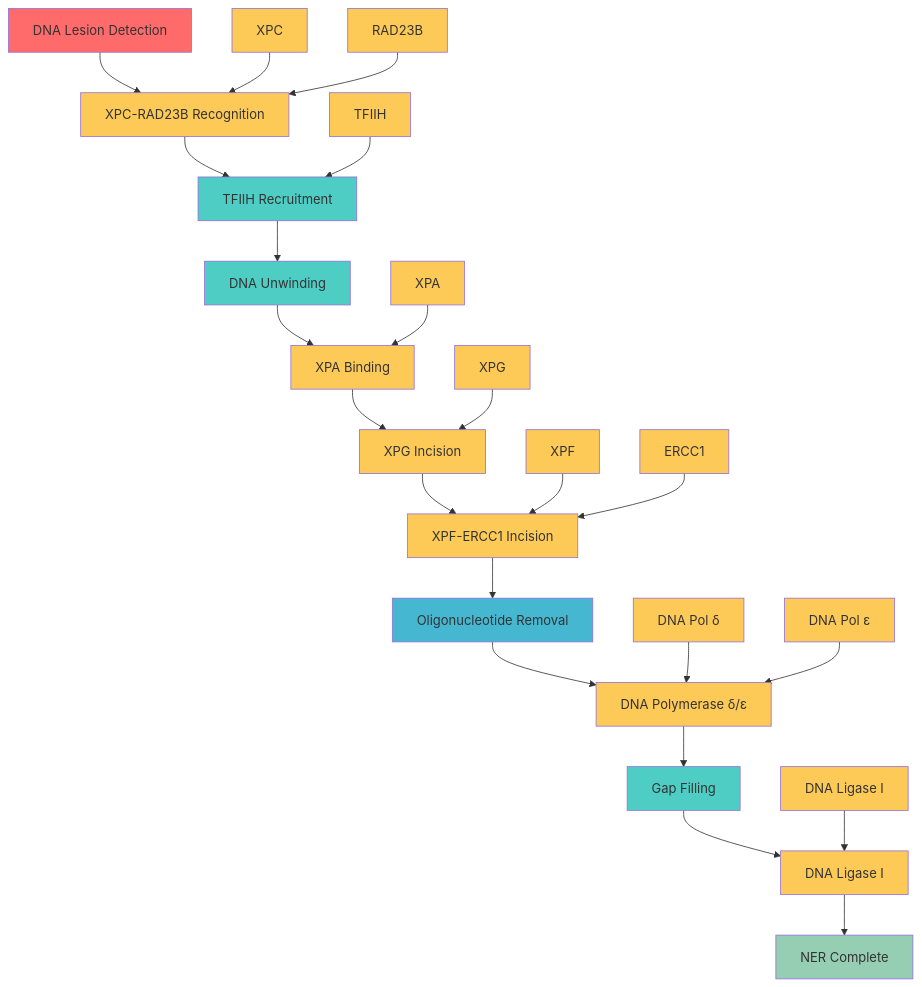
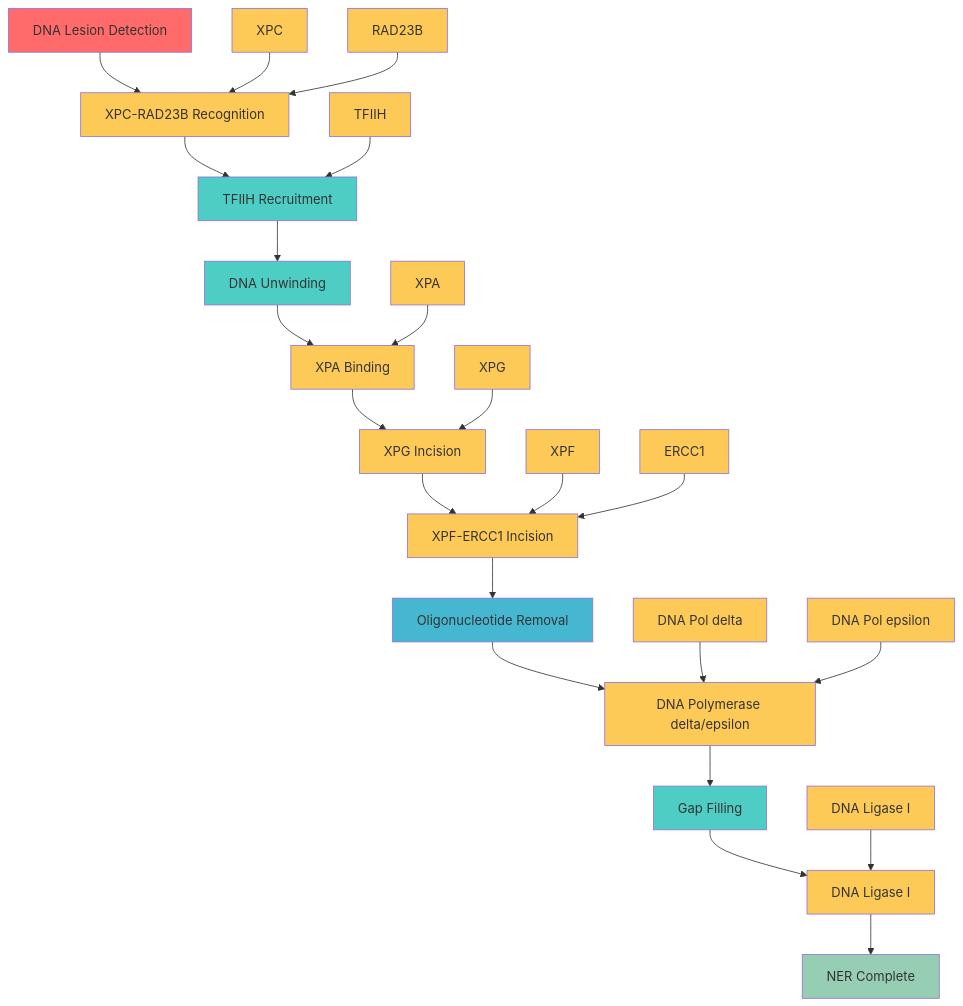
One commit to garywelz/glmp changed the diagram in old_junk_files/batch1_05_nucleotide_excision_repair.mmd. Above: the diagram before and after it, drawn with Mermaid. The commit also changed 30 other files, not shown here.

Commit message:
Update greek letters and prime notation in multiple diagrams

```diff
--- a/old_junk_files/batch1_05_nucleotide_excision_repair.mmd
+++ b/old_junk_files/batch1_05_nucleotide_excision_repair.mmd
@@ -1,48 +1,48 @@
 graph TD
     A[DNA Lesion Detection] --> B[XPC-RAD23B Recognition]
     B --> C[TFIIH Recruitment]
     C --> D[DNA Unwinding]
     D --> E[XPA Binding]
     E --> F[XPG Incision]
     F --> G[XPF-ERCC1 Incision]
     G --> H[Oligonucleotide Removal]
-    H --> I[DNA Polymerase δ/ε]
+    H --> I[DNA Polymerase delta/epsilon]
     I --> J[Gap Filling]
     J --> K[DNA Ligase I]
     K --> L[NER Complete]
     
     %% Key proteins
     M[XPC] --> B
     N[RAD23B] --> B
     O[TFIIH] --> C
     P[XPA] --> E
     Q[XPG] --> F
     R[XPF] --> G
     S[ERCC1] --> G
-    T[DNA Pol δ] --> I
-    U[DNA Pol ε] --> I
+    T[DNA Pol delta] --> I
+    U[DNA Pol epsilon] --> I
     V[DNA Ligase I] --> K
     
     %% Styling
     style A fill:#ff6b6b
     style B fill:#feca57
     style C fill:#4ecdc4
     style D fill:#4ecdc4
     style E fill:#feca57
     style F fill:#feca57
     style G fill:#feca57
     style H fill:#45b7d1
     style I fill:#feca57
     style J fill:#4ecdc4
     style K fill:#feca57
     style L fill:#96ceb4
     style M fill:#feca57
     style N fill:#feca57
     style O fill:#feca57
     style P fill:#feca57
     style Q fill:#feca57
     style R fill:#feca57
     style S fill:#feca57
     style T fill:#feca57
     style U fill:#feca57
     style V fill:#feca57
```
